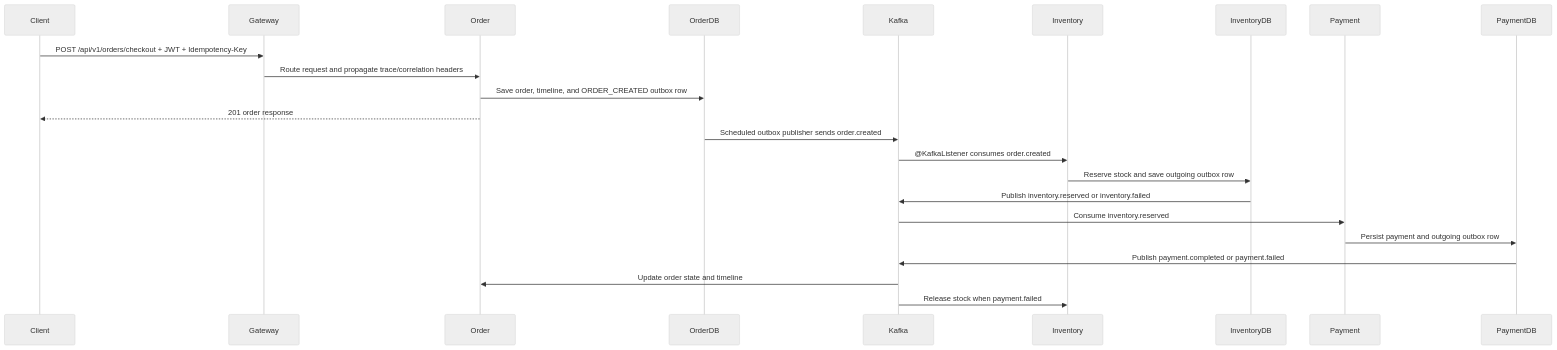
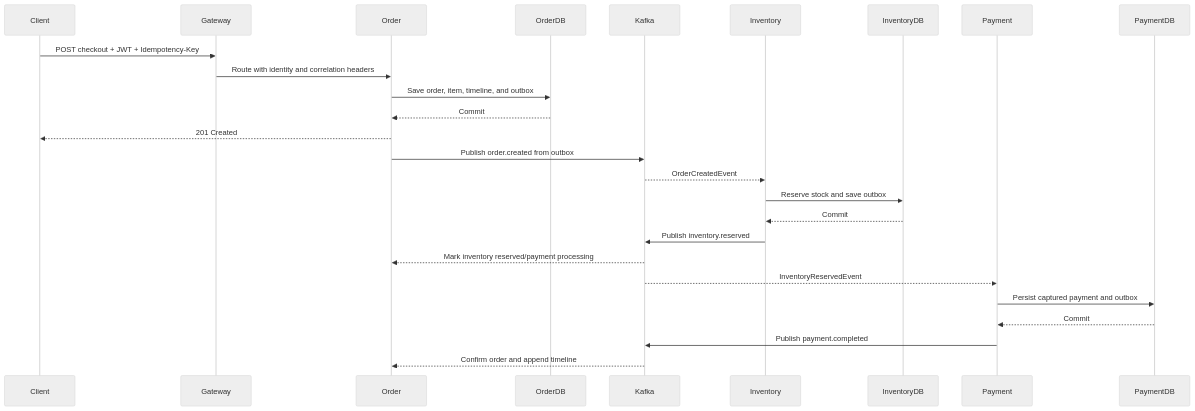
One commit to taukhir/shopverse changed the sixth of 16 diagrams in docs/architecture/SYSTEM-DESIGN.md. Above: the diagram before and after it, drawn with Mermaid (neutral theme). The commit also changed other lines of this file and 15 other files, not shown here.

````diff
--- a/docs/architecture/SYSTEM-DESIGN.md
+++ b/docs/architecture/SYSTEM-DESIGN.md
@@ -50,26 +158,29 @@
 ```mermaid
 sequenceDiagram
     participant Client
     participant Gateway
     participant Order
     participant OrderDB
     participant Kafka
     participant Inventory
     participant InventoryDB
     participant Payment
     participant PaymentDB
 
-    Client->>Gateway: POST /api/v1/orders/checkout + JWT + Idempotency-Key
-    Gateway->>Order: Route request and propagate trace/correlation headers
-    Order->>OrderDB: Save order, timeline, and ORDER_CREATED outbox row
-    Order-->>Client: 201 order response
-    OrderDB->>Kafka: Scheduled outbox publisher sends order.created
-    Kafka->>Inventory: @KafkaListener consumes order.created
-    Inventory->>InventoryDB: Reserve stock and save outgoing outbox row
-    InventoryDB->>Kafka: Publish inventory.reserved or inventory.failed
-    Kafka->>Payment: Consume inventory.reserved
-    Payment->>PaymentDB: Persist payment and outgoing outbox row
-    PaymentDB->>Kafka: Publish payment.completed or payment.failed
-    Kafka->>Order: Update order state and timeline
-    Kafka->>Inventory: Release stock when payment.failed
+    Client->>Gateway: POST checkout + JWT + Idempotency-Key
+    Gateway->>Order: Route with identity and correlation headers
+    Order->>OrderDB: Save order, item, timeline, and outbox
+    OrderDB-->>Order: Commit
+    Order-->>Client: 201 Created
+    Order->>Kafka: Publish order.created from outbox
+    Kafka-->>Inventory: OrderCreatedEvent
+    Inventory->>InventoryDB: Reserve stock and save outbox
+    InventoryDB-->>Inventory: Commit
+    Inventory->>Kafka: Publish inventory.reserved
+    Kafka-->>Order: Mark inventory reserved/payment processing
+    Kafka-->>Payment: InventoryReservedEvent
+    Payment->>PaymentDB: Persist captured payment and outbox
+    PaymentDB-->>Payment: Commit
+    Payment->>Kafka: Publish payment.completed
+    Kafka-->>Order: Confirm order and append timeline
 ```
````
